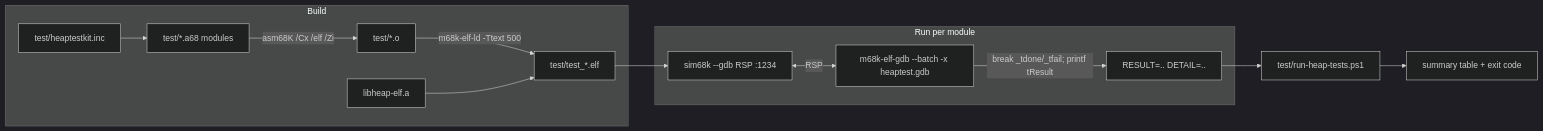
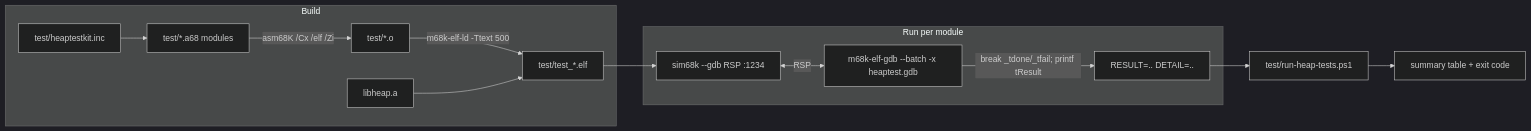
The diagram in docs/HEAP_TEST_SUITE_DESIGN.md (dougdu/heap68k), drawn with Mermaid (dark theme) before and after one commit. The commit also changed other lines of this file and 4 other files, not shown here.

````diff
--- a/docs/HEAP_TEST_SUITE_DESIGN.md
+++ b/docs/HEAP_TEST_SUITE_DESIGN.md
@@ -161,16 +161,16 @@
 ```mermaid
 flowchart LR
     subgraph Build
         A[test/*.a68 modules] -->|asm68K /Cx /elf /Zi| B[test/*.o]
         K[test/heaptestkit.inc] --> A
         B -->|m68k-elf-ld -Ttext 500| C[test/test_*.elf]
-        L[libheap-elf.a] --> C
+        L[libheap.a] --> C
     end
     subgraph Run per module
         C --> D[sim68k --gdb  RSP :1234]
         D <-->|RSP| E[m68k-elf-gdb --batch -x heaptest.gdb]
         E -->|break _tdone/_tfail; printf tResult| F[RESULT=.. DETAIL=..]
     end
     F --> G[test/run-heap-tests.ps1]
     G --> H[summary table + exit code]
 ```
````
